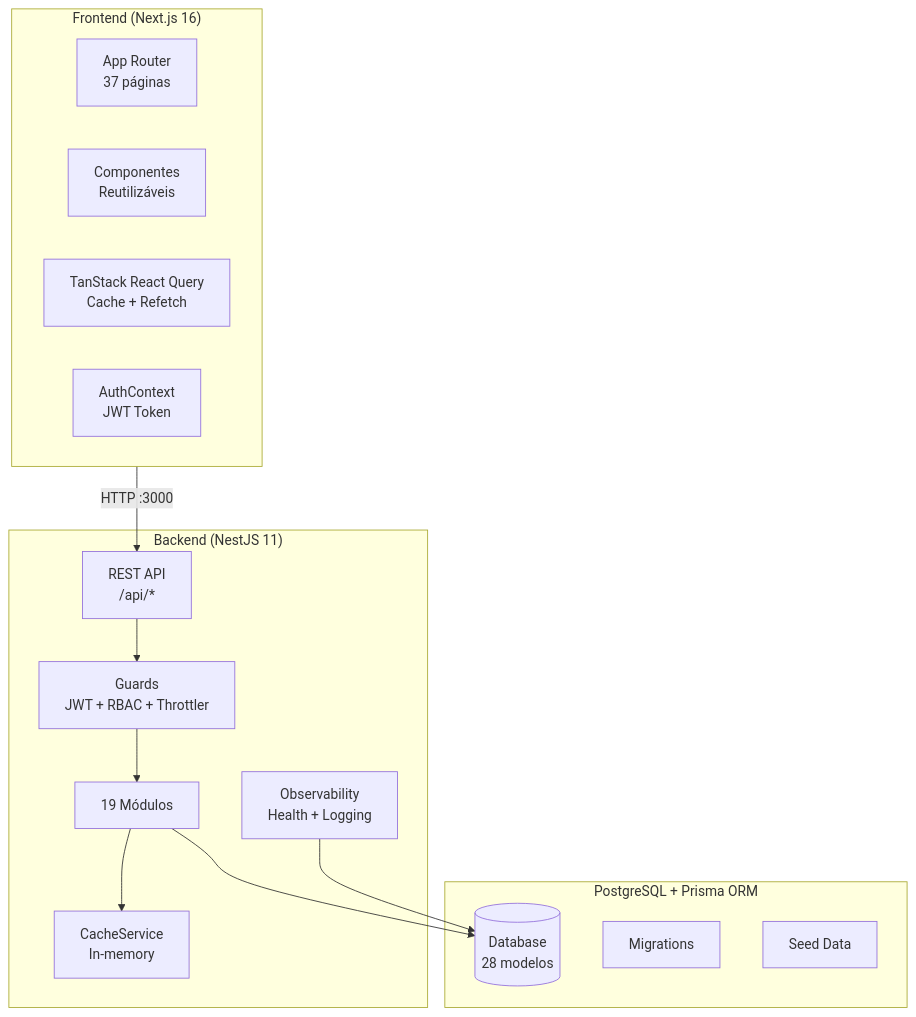
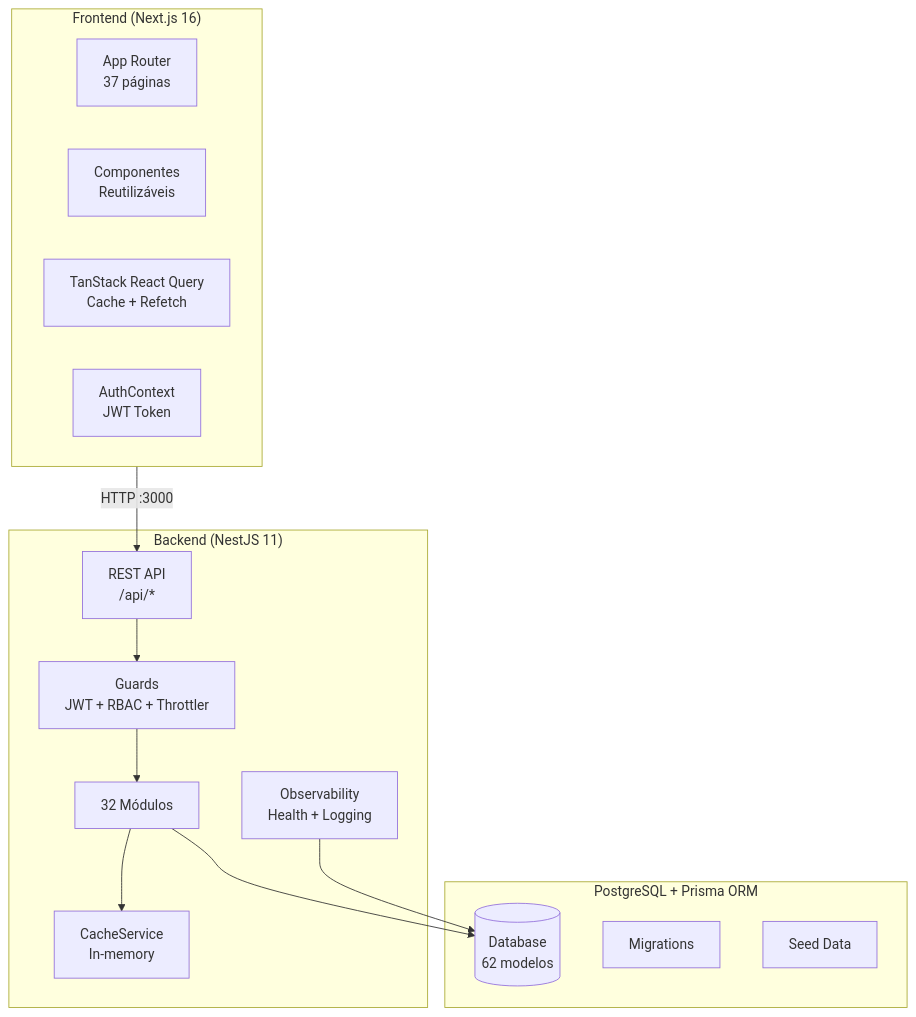
One commit to Antonio1986-2025/barbershop-erp changed the first of 7 diagrams in docs/architecture.md. Above: the diagram before and after it, drawn with Mermaid. The commit also changed other lines of this file and 220 other files, not shown here.

````diff
--- a/docs/architecture.md
+++ b/docs/architecture.md
@@ -7,30 +7,30 @@
 ```mermaid
 graph TB
     subgraph Frontend["Frontend (Next.js 16)"]
         Pages["App Router<br/>37 páginas"]
         Components["Componentes<br/>Reutilizáveis"]
         RQ["TanStack React Query<br/>Cache + Refetch"]
         AuthCtx["AuthContext<br/>JWT Token"]
     end
 
     subgraph Backend["Backend (NestJS 11)"]
         REST["REST API<br/>/api/*"]
         Guards["Guards<br/>JWT + RBAC + Throttler"]
-        Modules["19 Módulos"]
+        Modules["32 Módulos"]
         Cache["CacheService<br/>In-memory"]
         Observability["Observability<br/>Health + Logging"]
     end
 
     subgraph Database["PostgreSQL + Prisma ORM"]
-        DB[(Database<br/>28 modelos)]
+        DB[(Database<br/>62 modelos)]
         Migrations["Migrations"]
         Seed["Seed Data"]
     end
 
     Frontend -->|HTTP :3000| REST
     REST --> Guards
     Guards --> Modules
     Modules --> Cache
     Modules --> DB
     Observability --> DB
 ```
````
